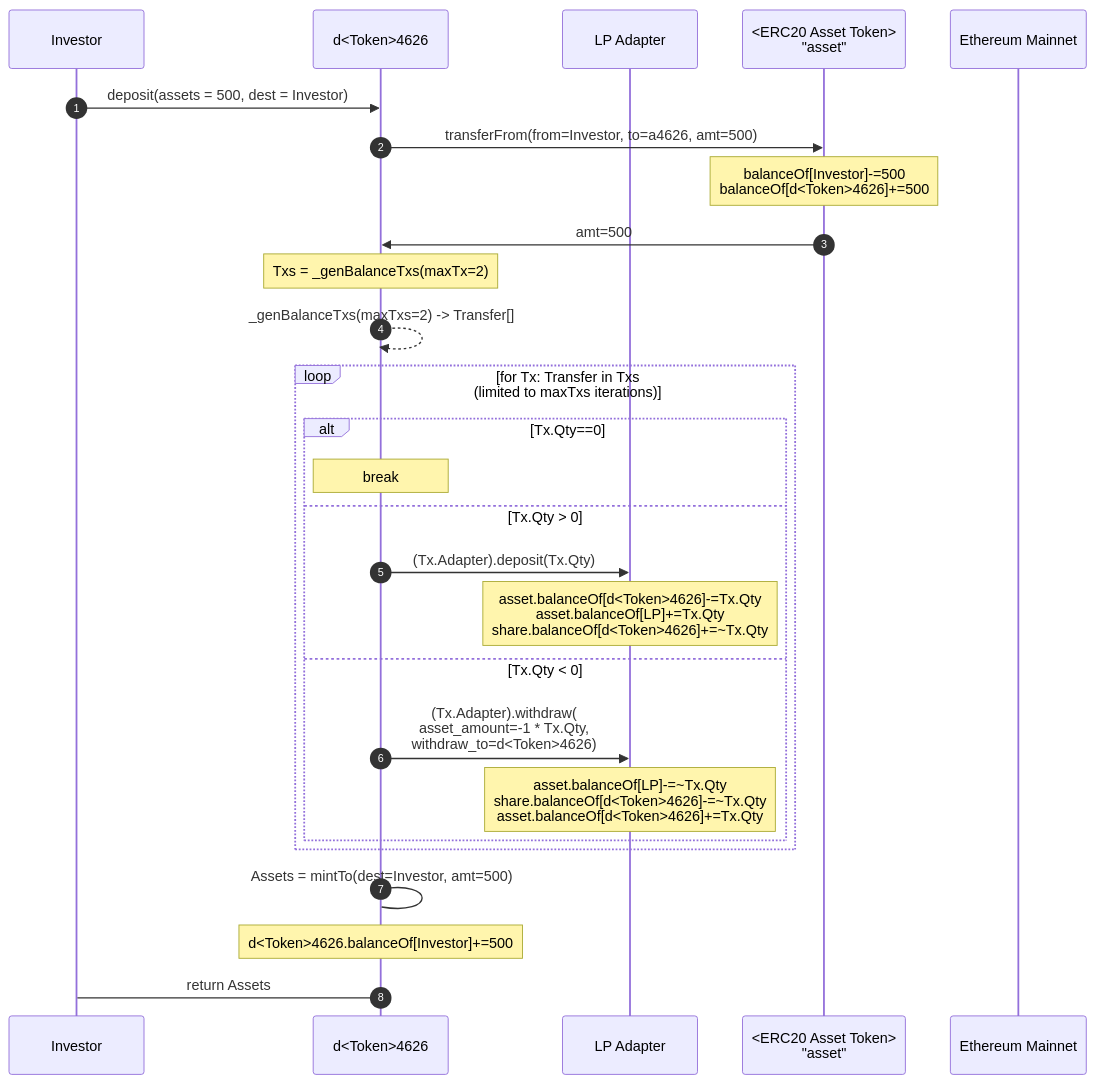
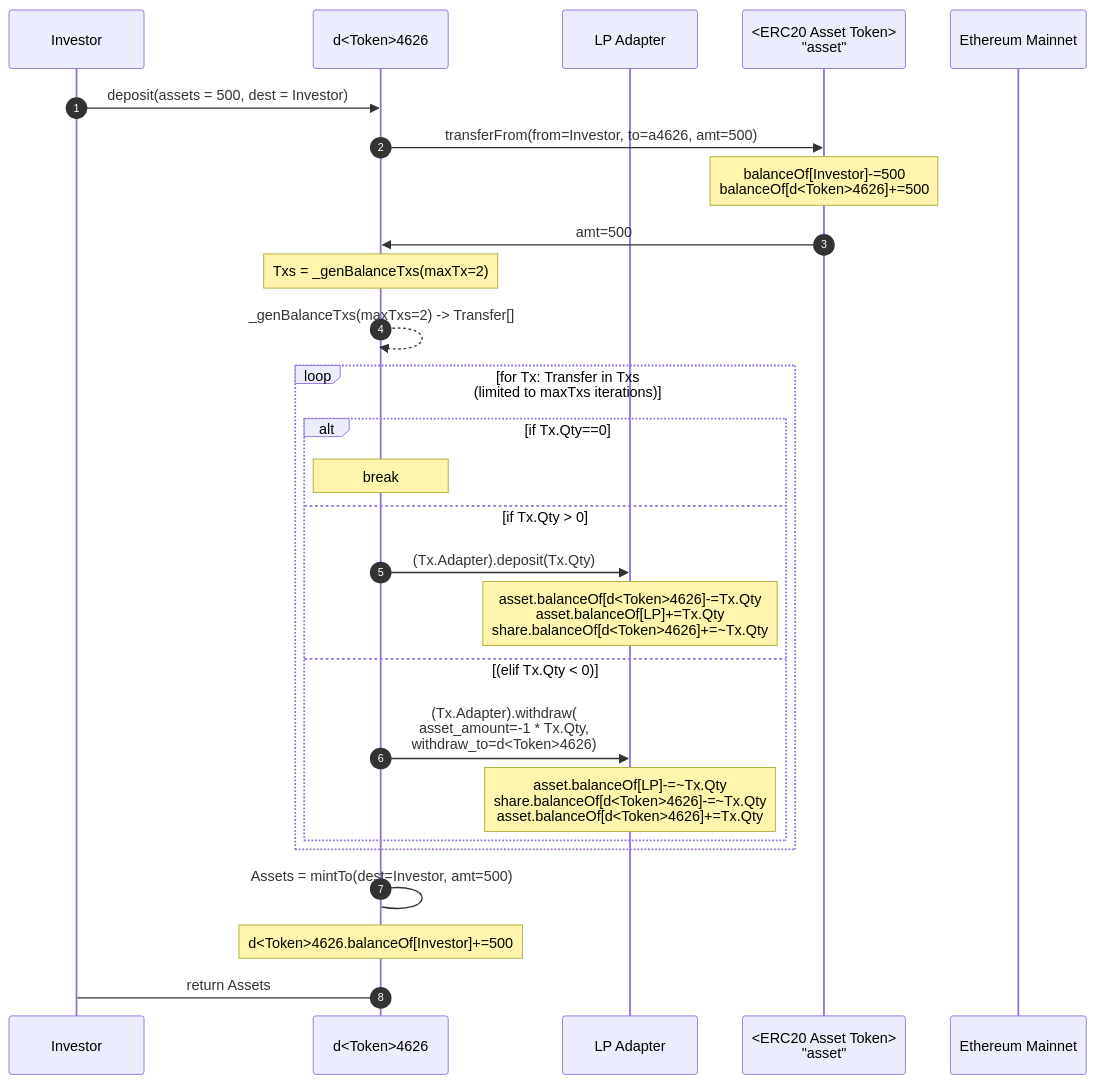
Before and after one commit to DynamoFinance/vault: the first of 2 diagrams in docs/Dynamo4626.md, drawn with Mermaid. The commit also changed other lines of this file and 1 other file, not shown here.

Commit message:
Updated dUSDDiagram to reflect architecture changes. Initial Dynamo4626 redeem sequence diagram.

````diff
--- a/docs/Dynamo4626.md
+++ b/docs/Dynamo4626.md
@@ -52,41 +52,41 @@
 ```mermaid
 sequenceDiagram
     participant u as Investor
     participant a4626 as d<Token>4626
     participant lpa as LP Adapter
     participant asset as <ERC20 Asset Token><br>"asset"
     #participant lp as LP
     #participant share as <ERC20 LP Share>
     participant eth as Ethereum Mainnet
     
     autonumber
     u->>a4626:deposit(assets = 500, dest = Investor)
 
         a4626->>asset: transferFrom(from=Investor, to=a4626, amt=500)
         Note over asset: balanceOf[Investor]-=500<br>balanceOf[d<Token>4626]+=500
         asset->>a4626: amt=500
         
         Note over a4626: Txs = _genBalanceTxs(maxTx=2)
         a4626-->>a4626: _genBalanceTxs(maxTxs=2) -> Transfer[]
         loop for Tx: Transfer in Txs<br>(limited to maxTxs iterations)
-            alt Tx.Qty==0
+            alt if Tx.Qty==0
                 note over a4626: break
-            else Tx.Qty > 0
+            else if Tx.Qty > 0
                 a4626->>lpa: (Tx.Adapter).deposit(Tx.Qty)
                     note over lpa: asset.balanceOf[d<Token>4626]-=Tx.Qty<br>asset.balanceOf[LP]+=Tx.Qty<br>share.balanceOf[d<Token>4626]+=~Tx.Qty
                         
-            else Tx.Qty < 0
+            else (elif Tx.Qty < 0)
                 a4626->>lpa: (Tx.Adapter).withdraw(<br>asset_amount=-1 * Tx.Qty,<br>withdraw_to=d<Token>4626)
                     note over lpa: asset.balanceOf[LP]-=~Tx.Qty<br>share.balanceOf[d<Token>4626]-=~Tx.Qty<br>asset.balanceOf[d<Token>4626]+=Tx.Qty
             end
         end
         
         a4626->a4626: Assets = mintTo(dest=Investor, amt=500)
             note over a4626:d<Token>4626.balanceOf[Investor]+=500
         
         a4626->u: return Assets
         
                  
     
     
 ```
````
